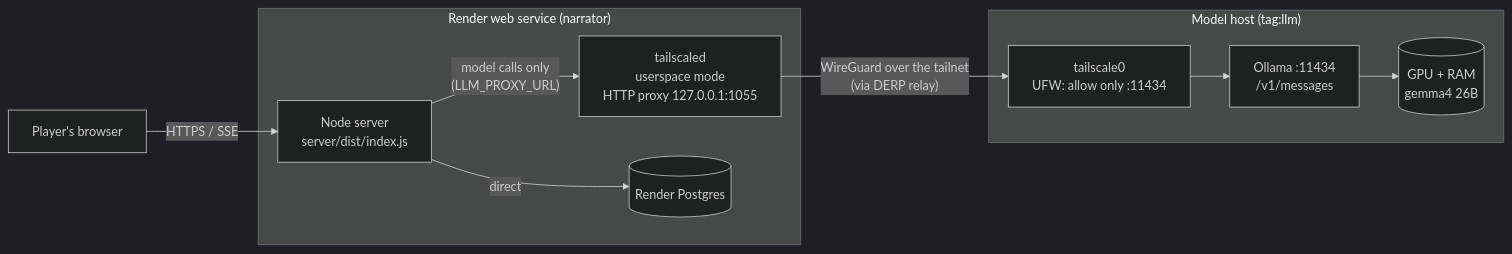
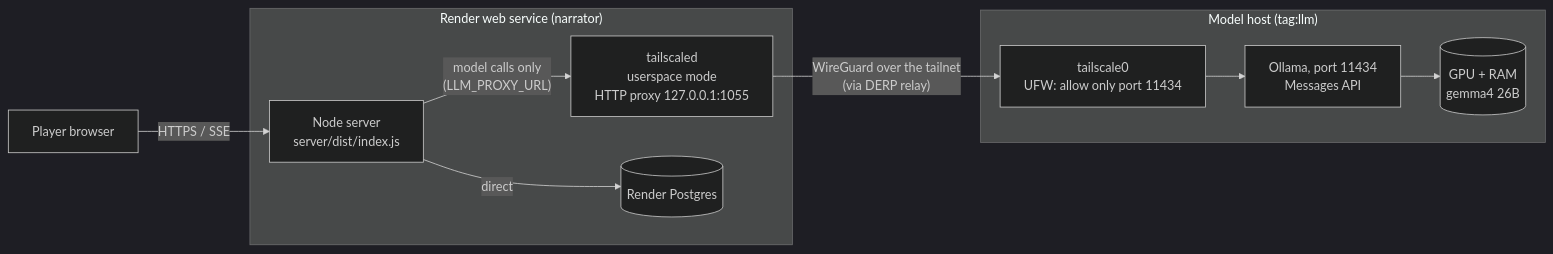
The first of 2 diagrams in README.md (zdparr/world-runner), drawn with Mermaid (dark theme) before and after one commit.

Commit message:
updating LLM logic

````diff
--- a/README.md
+++ b/README.md
@@ -139,13 +139,13 @@
 ```mermaid
 flowchart LR
-  B[Player's browser] -- HTTPS / SSE --> R
-  subgraph Render["Render web service (narrator)"]
-    R[Node server<br/>server/dist/index.js] -- "model calls only<br/>(LLM_PROXY_URL)" --> P[tailscaled<br/>userspace mode<br/>HTTP proxy 127.0.0.1:1055]
-    R -- direct --> DB[(Render Postgres)]
+  B["Player browser"] -->|"HTTPS / SSE"| R
+  subgraph RENDER["Render web service (narrator)"]
+    R["Node server<br>server/dist/index.js"] -->|"model calls only<br>(LLM_PROXY_URL)"| P["tailscaled<br>userspace mode<br>HTTP proxy 127.0.0.1:1055"]
+    R -->|"direct"| DB[("Render Postgres")]
   end
-  P -- "WireGuard over the tailnet<br/>(via DERP relay)" --> T
-  subgraph Home["Model host (tag:llm)"]
-    T[tailscale0<br/>UFW: allow only :11434] --> O[Ollama :11434<br/>/v1/messages]
-    O --> G[(GPU + RAM<br/>gemma4 26B)]
+  P -->|"WireGuard over the tailnet<br>(via DERP relay)"| T
+  subgraph HOST["Model host (tag:llm)"]
+    T["tailscale0<br>UFW: allow only port 11434"] --> O["Ollama, port 11434<br>Messages API"]
+    O --> G[("GPU + RAM<br>gemma4 26B")]
   end
 ```
````
